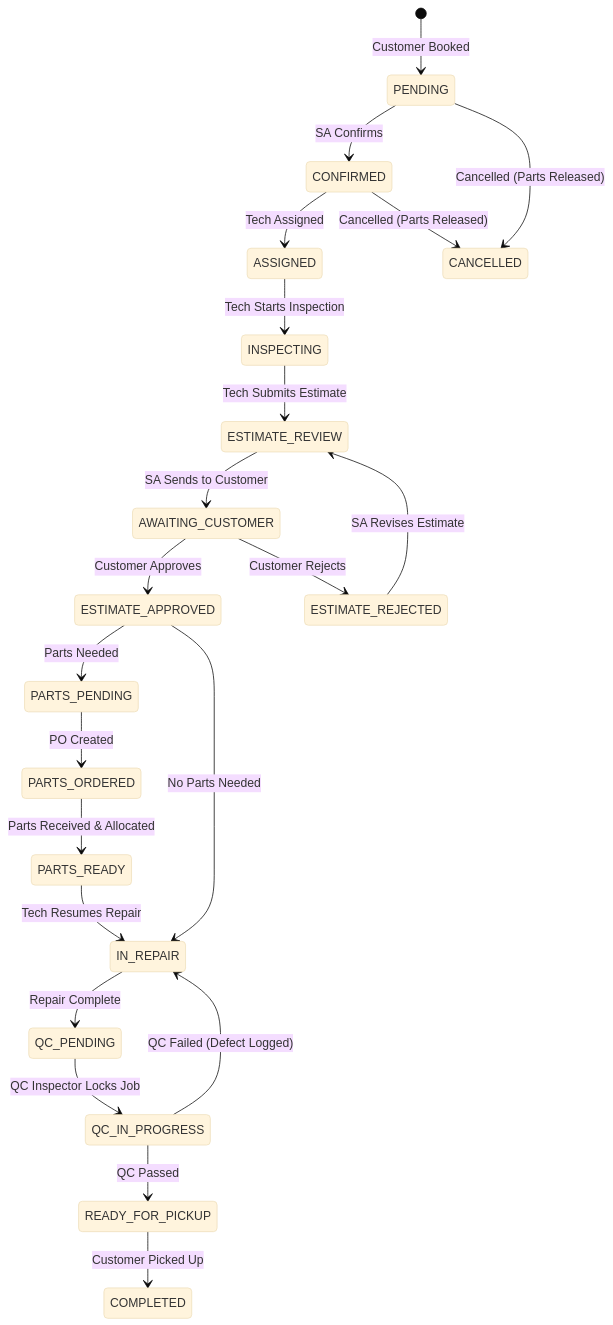
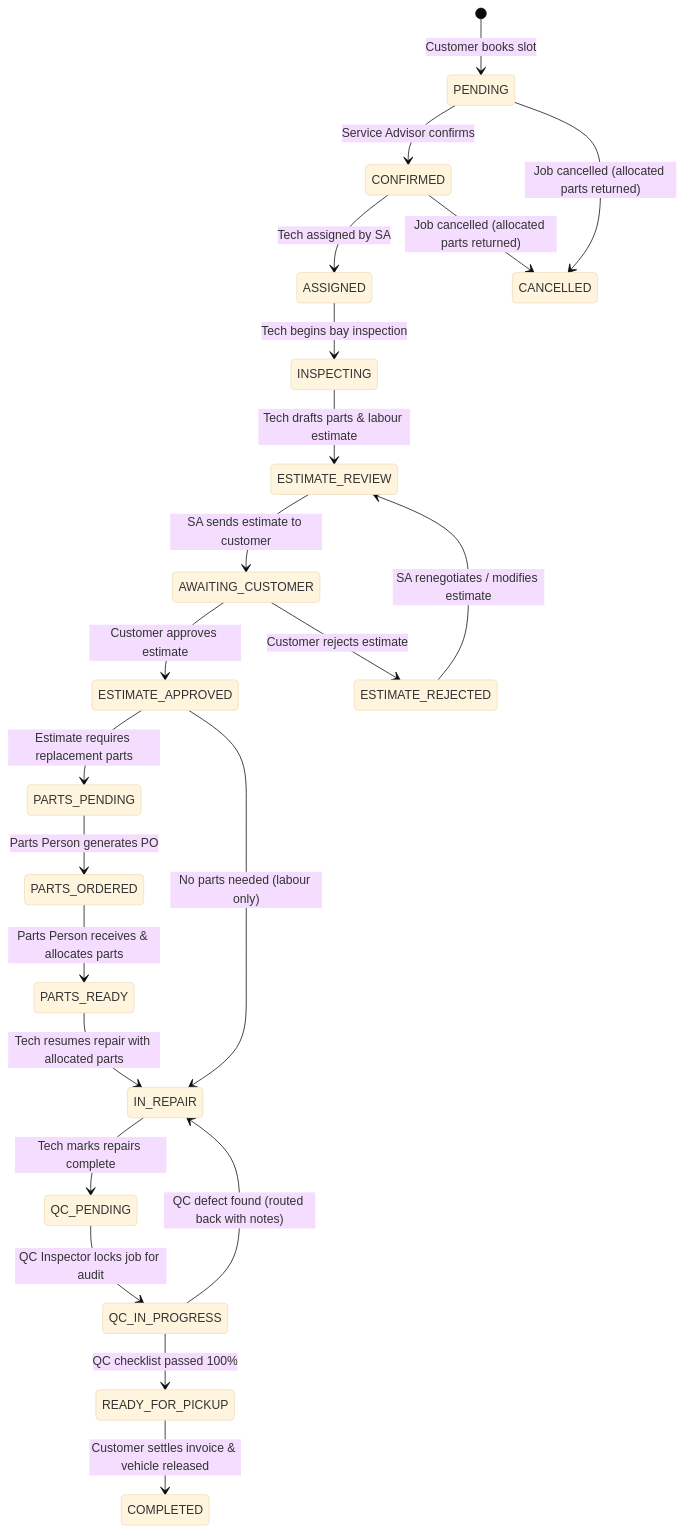
One commit to suleman2028nust/BayFlow-LoopLab changed the first of 2 diagrams in README.md. Above: the diagram before and after it, drawn with Mermaid (base theme). The commit also changed other lines of this file, not shown here.

Commit message:
docs: write comprehensive enterprise README with full feature guide, credentials, architecture diagrams, and API docs

````diff
--- a/README.md
+++ b/README.md
@@ -57,24 +148,24 @@
 ```mermaid
 stateDiagram-v2
-    [*] --> PENDING: Customer Booked
-    PENDING --> CONFIRMED: SA Confirms
-    CONFIRMED --> ASSIGNED: Tech Assigned
-    ASSIGNED --> INSPECTING: Tech Starts Inspection
-    INSPECTING --> ESTIMATE_REVIEW: Tech Submits Estimate
-    ESTIMATE_REVIEW --> AWAITING_CUSTOMER: SA Sends to Customer
-    AWAITING_CUSTOMER --> ESTIMATE_APPROVED: Customer Approves
-    AWAITING_CUSTOMER --> ESTIMATE_REJECTED: Customer Rejects
-    ESTIMATE_REJECTED --> ESTIMATE_REVIEW: SA Revises Estimate
-    ESTIMATE_APPROVED --> PARTS_PENDING: Parts Needed
-    ESTIMATE_APPROVED --> IN_REPAIR: No Parts Needed
-    PARTS_PENDING --> PARTS_ORDERED: PO Created
-    PARTS_ORDERED --> PARTS_READY: Parts Received & Allocated
-    PARTS_READY --> IN_REPAIR: Tech Resumes Repair
-    IN_REPAIR --> QC_PENDING: Repair Complete
-    QC_PENDING --> QC_IN_PROGRESS: QC Inspector Locks Job
-    QC_IN_PROGRESS --> READY_FOR_PICKUP: QC Passed
-    QC_IN_PROGRESS --> IN_REPAIR: QC Failed (Defect Logged)
-    READY_FOR_PICKUP --> COMPLETED: Customer Picked Up
-    PENDING --> CANCELLED: Cancelled (Parts Released)
-    CONFIRMED --> CANCELLED: Cancelled (Parts Released)
+    [*] --> PENDING: Customer books slot
+    PENDING --> CONFIRMED: Service Advisor confirms
+    CONFIRMED --> ASSIGNED: Tech assigned by SA
+    ASSIGNED --> INSPECTING: Tech begins bay inspection
+    INSPECTING --> ESTIMATE_REVIEW: Tech drafts parts & labour estimate
+    ESTIMATE_REVIEW --> AWAITING_CUSTOMER: SA sends estimate to customer
+    AWAITING_CUSTOMER --> ESTIMATE_APPROVED: Customer approves estimate
+    AWAITING_CUSTOMER --> ESTIMATE_REJECTED: Customer rejects estimate
+    ESTIMATE_REJECTED --> ESTIMATE_REVIEW: SA renegotiates / modifies estimate
+    ESTIMATE_APPROVED --> PARTS_PENDING: Estimate requires replacement parts
+    ESTIMATE_APPROVED --> IN_REPAIR: No parts needed (labour only)
+    PARTS_PENDING --> PARTS_ORDERED: Parts Person generates PO
+    PARTS_ORDERED --> PARTS_READY: Parts Person receives & allocates parts
+    PARTS_READY --> IN_REPAIR: Tech resumes repair with allocated parts
+    IN_REPAIR --> QC_PENDING: Tech marks repairs complete
+    QC_PENDING --> QC_IN_PROGRESS: QC Inspector locks job for audit
+    QC_IN_PROGRESS --> READY_FOR_PICKUP: QC checklist passed 100%
+    QC_IN_PROGRESS --> IN_REPAIR: QC defect found (routed back with notes)
+    READY_FOR_PICKUP --> COMPLETED: Customer settles invoice & vehicle released
+    PENDING --> CANCELLED: Job cancelled (allocated parts returned)
+    CONFIRMED --> CANCELLED: Job cancelled (allocated parts returned)
 ```
````
